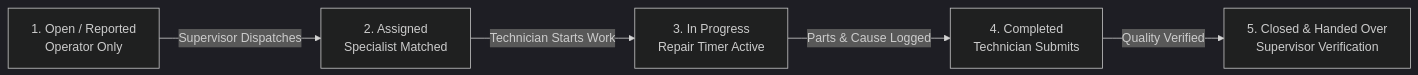
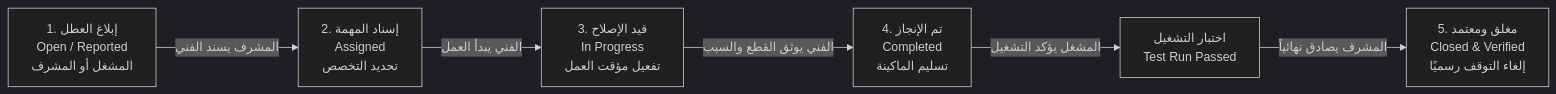
Before and after one commit to mahmoudshahin1/CMMS-Cable: the second of 2 diagrams in README.md, drawn with Mermaid (dark theme). The commit also changed other lines of this file and 7 other files, not shown here.

Commit message:
docs: update comprehensive README with live screenshots, architecture, and troubleshooting

````diff
--- a/README.md
+++ b/README.md
@@ -201,7 +308,8 @@
 ```mermaid
 graph LR
-    A[1. Open / Reported<br/>Operator Only] -->|Supervisor Dispatches| B[2. Assigned<br/>Specialist Matched]
-    B -->|Technician Starts Work| C[3. In Progress<br/>Repair Timer Active]
-    C -->|Parts & Cause Logged| D[4. Completed<br/>Technician Submits]
-    D -->|Quality Verified| E[5. Closed & Handed Over<br/>Supervisor Verification]
+    A[1. إبلاغ العطل<br/>Open / Reported<br/>المشغل أو المشرف] -->|المشرف يسند الفني| B[2. إسناد المهمة<br/>Assigned<br/>تحديد التخصص]
+    B -->|الفني يبدأ العمل| C[3. قيد الإصلاح<br/>In Progress<br/>تفعيل مؤقت العمل]
+    C -->|الفني يوثق القطع والسبب| D[4. تم الإنجاز<br/>Completed<br/>تسليم الماكينة]
+    D -->|المشغل يؤكد التشغيل| E[اختبار التشغيل<br/>Test Run Passed]
+    E -->|المشرف يصادق نهائياً| F[5. مغلق ومعتمد<br/>Closed & Verified<br/>إلغاء التوقف رسميًا]
 ```
````
